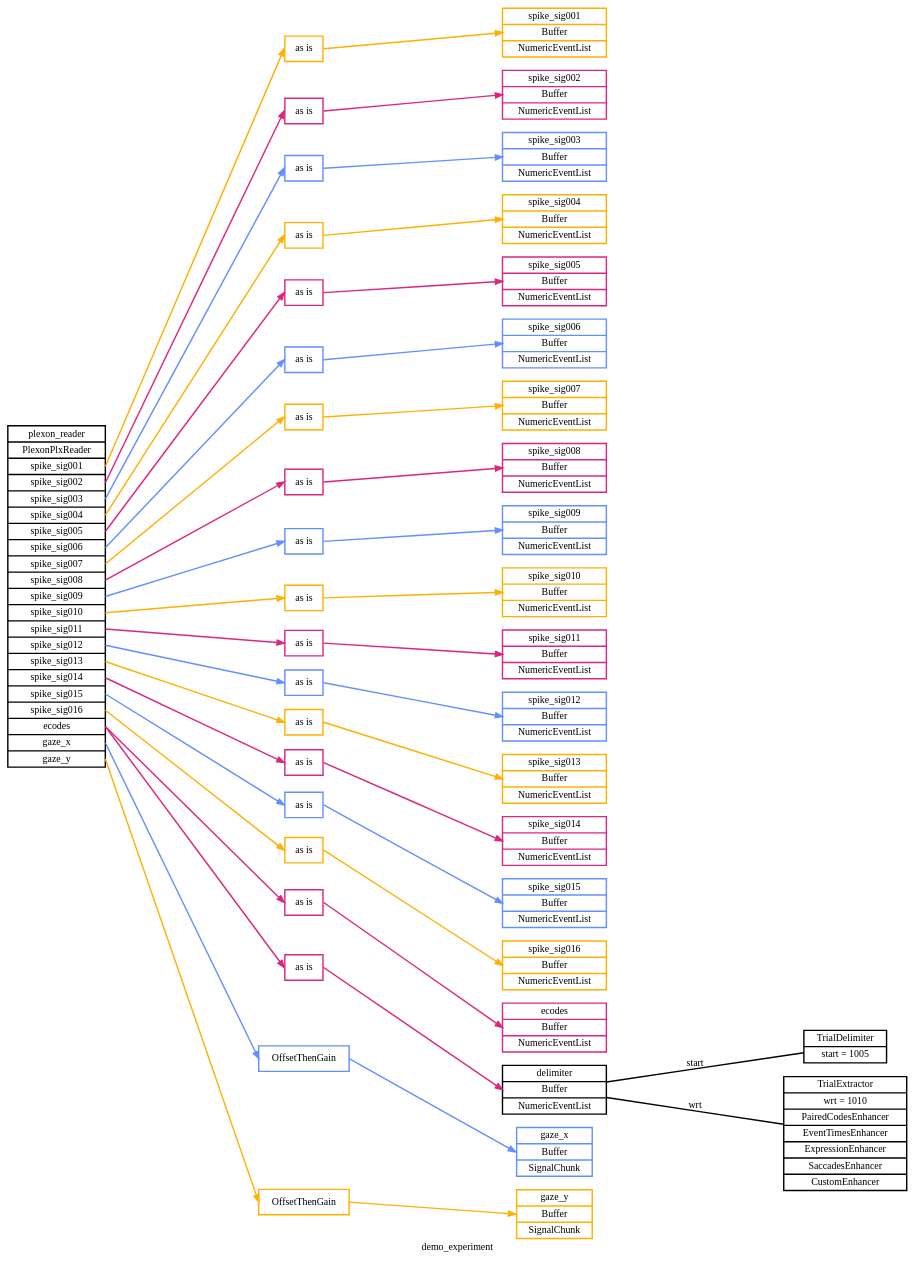
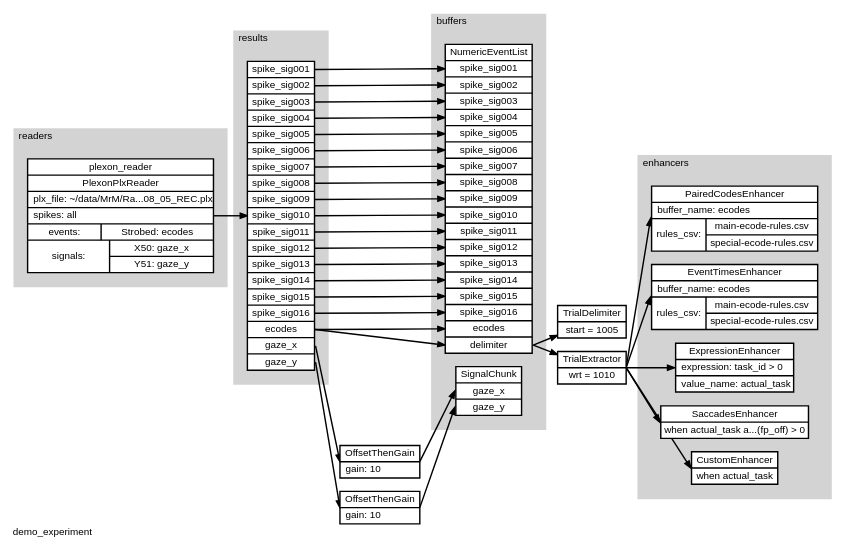
Before and after one commit to lwthompson2/pyramid: the diagram in docs/plexon-demo/images/demo_experiment.dot, drawn with Graphviz. The commit also changed 15 other files, not shown here.

Commit message:
Rework graphing for flow and config details.

```diff
--- a/docs/plexon-demo/images/demo_experiment.dot
+++ b/docs/plexon-demo/images/demo_experiment.dot
@@ -1,90 +1,60 @@
 digraph demo_experiment {
-	graph [label=demo_experiment overlap=scale rankdir=LR ranksep=3.0 splines=false]
-	node [penwidth=2.0]
-	edge [penwidth=2.0]
-	plexon_reader [label="<plexon_reader>plexon_reader|PlexonPlxReader|<spike_sig001>spike_sig001|<spike_sig002>spike_sig002|<spike_sig003>spike_sig003|<spike_sig004>spike_sig004|<spike_sig005>spike_sig005|<spike_sig006>spike_sig006|<spike_sig007>spike_sig007|<spike_sig008>spike_sig008|<spike_sig009>spike_sig009|<spike_sig010>spike_sig010|<spike_sig011>spike_sig011|<spike_sig012>spike_sig012|<spike_sig013>spike_sig013|<spike_sig014>spike_sig014|<spike_sig015>spike_sig015|<spike_sig016>spike_sig016|<ecodes>ecodes|<gaze_x>gaze_x|<gaze_y>gaze_y" shape=record]
-	spike_sig001 [label="spike_sig001|Buffer|NumericEventList" color="#FFB000" shape=record]
-	spike_sig002 [label="spike_sig002|Buffer|NumericEventList" color="#DC267F" shape=record]
-	spike_sig003 [label="spike_sig003|Buffer|NumericEventList" color="#648FFF" shape=record]
-	spike_sig004 [label="spike_sig004|Buffer|NumericEventList" color="#FFB000" shape=record]
-	spike_sig005 [label="spike_sig005|Buffer|NumericEventList" color="#DC267F" shape=record]
-	spike_sig006 [label="spike_sig006|Buffer|NumericEventList" color="#648FFF" shape=record]
-	spike_sig007 [label="spike_sig007|Buffer|NumericEventList" color="#FFB000" shape=record]
-	spike_sig008 [label="spike_sig008|Buffer|NumericEventList" color="#DC267F" shape=record]
-	spike_sig009 [label="spike_sig009|Buffer|NumericEventList" color="#648FFF" shape=record]
-	spike_sig010 [label="spike_sig010|Buffer|NumericEventList" color="#FFB000" shape=record]
-	spike_sig011 [label="spike_sig011|Buffer|NumericEventList" color="#DC267F" shape=record]
-	spike_sig012 [label="spike_sig012|Buffer|NumericEventList" color="#648FFF" shape=record]
-	spike_sig013 [label="spike_sig013|Buffer|NumericEventList" color="#FFB000" shape=record]
-	spike_sig014 [label="spike_sig014|Buffer|NumericEventList" color="#DC267F" shape=record]
-	spike_sig015 [label="spike_sig015|Buffer|NumericEventList" color="#648FFF" shape=record]
-	spike_sig016 [label="spike_sig016|Buffer|NumericEventList" color="#FFB000" shape=record]
-	ecodes [label="ecodes|Buffer|NumericEventList" color="#DC267F" shape=record]
-	gaze_x [label="gaze_x|Buffer|SignalChunk" color="#648FFF" shape=record]
-	gaze_y [label="gaze_y|Buffer|SignalChunk" color="#FFB000" shape=record]
-	delimiter [label="delimiter|Buffer|NumericEventList" shape=record]
-	plexon_reader_route_0 [label="as is" color="#FFB000" shape=record]
-	plexon_reader:spike_sig001:e -> plexon_reader_route_0:w [color="#FFB000"]
-	plexon_reader_route_0:e -> spike_sig001:w [color="#FFB000"]
-	plexon_reader_route_1 [label="as is" color="#DC267F" shape=record]
-	plexon_reader:spike_sig002:e -> plexon_reader_route_1:w [color="#DC267F"]
-	plexon_reader_route_1:e -> spike_sig002:w [color="#DC267F"]
-	plexon_reader_route_2 [label="as is" color="#648FFF" shape=record]
-	plexon_reader:spike_sig003:e -> plexon_reader_route_2:w [color="#648FFF"]
-	plexon_reader_route_2:e -> spike_sig003:w [color="#648FFF"]
-	plexon_reader_route_3 [label="as is" color="#FFB000" shape=record]
-	plexon_reader:spike_sig004:e -> plexon_reader_route_3:w [color="#FFB000"]
-	plexon_reader_route_3:e -> spike_sig004:w [color="#FFB000"]
-	plexon_reader_route_4 [label="as is" color="#DC267F" shape=record]
-	plexon_reader:spike_sig005:e -> plexon_reader_route_4:w [color="#DC267F"]
-	plexon_reader_route_4:e -> spike_sig005:w [color="#DC267F"]
-	plexon_reader_route_5 [label="as is" color="#648FFF" shape=record]
-	plexon_reader:spike_sig006:e -> plexon_reader_route_5:w [color="#648FFF"]
-	plexon_reader_route_5:e -> spike_sig006:w [color="#648FFF"]
-	plexon_reader_route_6 [label="as is" color="#FFB000" shape=record]
-	plexon_reader:spike_sig007:e -> plexon_reader_route_6:w [color="#FFB000"]
-	plexon_reader_route_6:e -> spike_sig007:w [color="#FFB000"]
-	plexon_reader_route_7 [label="as is" color="#DC267F" shape=record]
-	plexon_reader:spike_sig008:e -> plexon_reader_route_7:w [color="#DC267F"]
-	plexon_reader_route_7:e -> spike_sig008:w [color="#DC267F"]
-	plexon_reader_route_8 [label="as is" color="#648FFF" shape=record]
-	plexon_reader:spike_sig009:e -> plexon_reader_route_8:w [color="#648FFF"]
-	plexon_reader_route_8:e -> spike_sig009:w [color="#648FFF"]
-	plexon_reader_route_9 [label="as is" color="#FFB000" shape=record]
-	plexon_reader:spike_sig010:e -> plexon_reader_route_9:w [color="#FFB000"]
-	plexon_reader_route_9:e -> spike_sig010:w [color="#FFB000"]
-	plexon_reader_route_10 [label="as is" color="#DC267F" shape=record]
-	plexon_reader:spike_sig011:e -> plexon_reader_route_10:w [color="#DC267F"]
-	plexon_reader_route_10:e -> spike_sig011:w [color="#DC267F"]
-	plexon_reader_route_11 [label="as is" color="#648FFF" shape=record]
-	plexon_reader:spike_sig012:e -> plexon_reader_route_11:w [color="#648FFF"]
-	plexon_reader_route_11:e -> spike_sig012:w [color="#648FFF"]
-	plexon_reader_route_12 [label="as is" color="#FFB000" shape=record]
-	plexon_reader:spike_sig013:e -> plexon_reader_route_12:w [color="#FFB000"]
-	plexon_reader_route_12:e -> spike_sig013:w [color="#FFB000"]
-	plexon_reader_route_13 [label="as is" color="#DC267F" shape=record]
-	plexon_reader:spike_sig014:e -> plexon_reader_route_13:w [color="#DC267F"]
-	plexon_reader_route_13:e -> spike_sig014:w [color="#DC267F"]
-	plexon_reader_route_14 [label="as is" color="#648FFF" shape=record]
-	plexon_reader:spike_sig015:e -> plexon_reader_route_14:w [color="#648FFF"]
-	plexon_reader_route_14:e -> spike_sig015:w [color="#648FFF"]
-	plexon_reader_route_15 [label="as is" color="#FFB000" shape=record]
-	plexon_reader:spike_sig016:e -> plexon_reader_route_15:w [color="#FFB000"]
-	plexon_reader_route_15:e -> spike_sig016:w [color="#FFB000"]
-	plexon_reader_route_16 [label="as is" color="#DC267F" shape=record]
-	plexon_reader:ecodes:e -> plexon_reader_route_16:w [color="#DC267F"]
-	plexon_reader_route_16:e -> ecodes:w [color="#DC267F"]
-	plexon_reader_route_17 [label=OffsetThenGain color="#648FFF" shape=record]
-	plexon_reader:gaze_x:e -> plexon_reader_route_17:w [color="#648FFF"]
-	plexon_reader_route_17:e -> gaze_x:w [color="#648FFF"]
-	plexon_reader_route_18 [label=OffsetThenGain color="#FFB000" shape=record]
-	plexon_reader:gaze_y:e -> plexon_reader_route_18:w [color="#FFB000"]
-	plexon_reader_route_18:e -> gaze_y:w [color="#FFB000"]
-	plexon_reader_route_19 [label="as is" color="#DC267F" shape=record]
-	plexon_reader:ecodes:e -> plexon_reader_route_19:w [color="#DC267F"]
-	plexon_reader_route_19:e -> delimiter:w [color="#DC267F"]
-	trial_delimiter [label="TrialDelimiter|start = 1005" shape=record]
-	delimiter -> trial_delimiter [label=start arrowhead=none arrowtail=none]
-	trial_extractor [label="TrialExtractor|wrt = 1010|PairedCodesEnhancer|EventTimesEnhancer|ExpressionEnhancer|SaccadesEnhancer|CustomEnhancer" shape=record]
-	delimiter -> trial_extractor [label=wrt arrowhead=none arrowtail=none]
+	graph [fontname=Arial label=demo_experiment labeljust=l outputorder=edgesfirst overlap=scale rankdir=LR splines=false]
+	node [fillcolor=white fontname=Arial penwidth=2.0 shape=record style=filled]
+	edge [fontname=Arial penwidth=2.0]
+	subgraph cluster_buffers {
+		graph [bgcolor=lightgray color=transparent fontname=Arial label=buffers margin=20 rank=same]
+		event_list [label="NumericEventList|<spike_sig001>spike_sig001|<spike_sig002>spike_sig002|<spike_sig003>spike_sig003|<spike_sig004>spike_sig004|<spike_sig005>spike_sig005|<spike_sig006>spike_sig006|<spike_sig007>spike_sig007|<spike_sig008>spike_sig008|<spike_sig009>spike_sig009|<spike_sig010>spike_sig010|<spike_sig011>spike_sig011|<spike_sig012>spike_sig012|<spike_sig013>spike_sig013|<spike_sig014>spike_sig014|<spike_sig015>spike_sig015|<spike_sig016>spike_sig016|<ecodes>ecodes|<delimiter>delimiter"]
+		signal_chunk [label="SignalChunk|<gaze_x>gaze_x|<gaze_y>gaze_y"]
+	}
+	trial_delimiter [label="TrialDelimiter|start = 1005"]
+	event_list:delimiter:e -> trial_delimiter
+	trial_extractor [label="TrialExtractor|wrt = 1010"]
+	event_list:delimiter:e -> trial_extractor
+	trial_extractor:e -> enhancer_0:w
+	trial_extractor:e -> enhancer_1:w
+	trial_extractor:e -> enhancer_2:w
+	trial_extractor:e -> enhancer_3:w
+	trial_extractor:e -> enhancer_4:w
+	subgraph cluster_enhancers {
+		graph [bgcolor=lightgray color=transparent fontname=Arial label=enhancers margin=20 rank=same]
+		enhancer_0 [label="PairedCodesEnhancer|buffer_name: ecodes\l|{rules_csv: |{ main-ecode-rules.csv|special-ecode-rules.csv }}"]
+		enhancer_1 [label="EventTimesEnhancer|buffer_name: ecodes\l|{rules_csv: |{ main-ecode-rules.csv|special-ecode-rules.csv }}"]
+		enhancer_2 [label="ExpressionEnhancer|expression: task_id \> 0\l|value_name: actual_task\l"]
+		enhancer_3 [label="SaccadesEnhancer|when actual_task a...(fp_off) \> 0"]
+		enhancer_4 [label="CustomEnhancer|when actual_task"]
+	}
+	subgraph cluster_readers {
+		graph [bgcolor=lightgray color=transparent fontname=Arial label=readers margin=20 rank=same]
+		plexon_reader [label="plexon_reader|PlexonPlxReader|plx_file: ~/data/MrM/Ra...08_05_REC.plx\l|spikes: all\l|{events: |{ Strobed: ecodes }}|{signals: |{ X50: gaze_x|Y51: gaze_y }}"]
+	}
+	plexon_reader -> plexon_reader_results
+	subgraph cluster_results {
+		graph [bgcolor=lightgray color=transparent fontname=Arial label=results margin=20 rank=same]
+		plexon_reader_results [label="<spike_sig001>spike_sig001|<spike_sig002>spike_sig002|<spike_sig003>spike_sig003|<spike_sig004>spike_sig004|<spike_sig005>spike_sig005|<spike_sig006>spike_sig006|<spike_sig007>spike_sig007|<spike_sig008>spike_sig008|<spike_sig009>spike_sig009|<spike_sig010>spike_sig010|<spike_sig011>spike_sig011|<spike_sig012>spike_sig012|<spike_sig013>spike_sig013|<spike_sig014>spike_sig014|<spike_sig015>spike_sig015|<spike_sig016>spike_sig016|<ecodes>ecodes|<gaze_x>gaze_x|<gaze_y>gaze_y"]
+	}
+	plexon_reader_results:spike_sig001:e -> event_list:spike_sig001:w
+	plexon_reader_results:spike_sig002:e -> event_list:spike_sig002:w
+	plexon_reader_results:spike_sig003:e -> event_list:spike_sig003:w
+	plexon_reader_results:spike_sig004:e -> event_list:spike_sig004:w
+	plexon_reader_results:spike_sig005:e -> event_list:spike_sig005:w
+	plexon_reader_results:spike_sig006:e -> event_list:spike_sig006:w
+	plexon_reader_results:spike_sig007:e -> event_list:spike_sig007:w
+	plexon_reader_results:spike_sig008:e -> event_list:spike_sig008:w
+	plexon_reader_results:spike_sig009:e -> event_list:spike_sig009:w
+	plexon_reader_results:spike_sig010:e -> event_list:spike_sig010:w
+	plexon_reader_results:spike_sig011:e -> event_list:spike_sig011:w
+	plexon_reader_results:spike_sig012:e -> event_list:spike_sig012:w
+	plexon_reader_results:spike_sig013:e -> event_list:spike_sig013:w
+	plexon_reader_results:spike_sig014:e -> event_list:spike_sig014:w
+	plexon_reader_results:spike_sig015:e -> event_list:spike_sig015:w
+	plexon_reader_results:spike_sig016:e -> event_list:spike_sig016:w
+	plexon_reader_results:ecodes:e -> event_list:ecodes:w
+	plexon_reader_route_17 [label="OffsetThenGain|gain: 10\l"]
+	plexon_reader_results:gaze_x:e -> plexon_reader_route_17:w
+	plexon_reader_route_17:e -> signal_chunk:gaze_x:w
+	plexon_reader_route_18 [label="OffsetThenGain|gain: 10\l"]
+	plexon_reader_results:gaze_y:e -> plexon_reader_route_18:w
+	plexon_reader_route_18:e -> signal_chunk:gaze_y:w
+	plexon_reader_results:ecodes:e -> event_list:delimiter:w
 }
```
